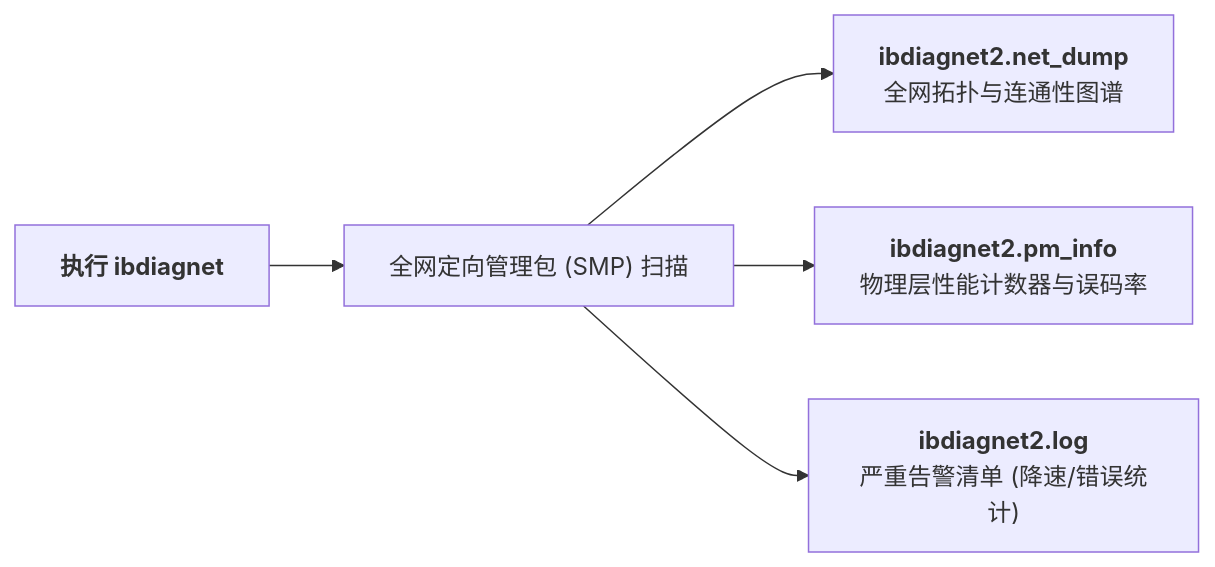
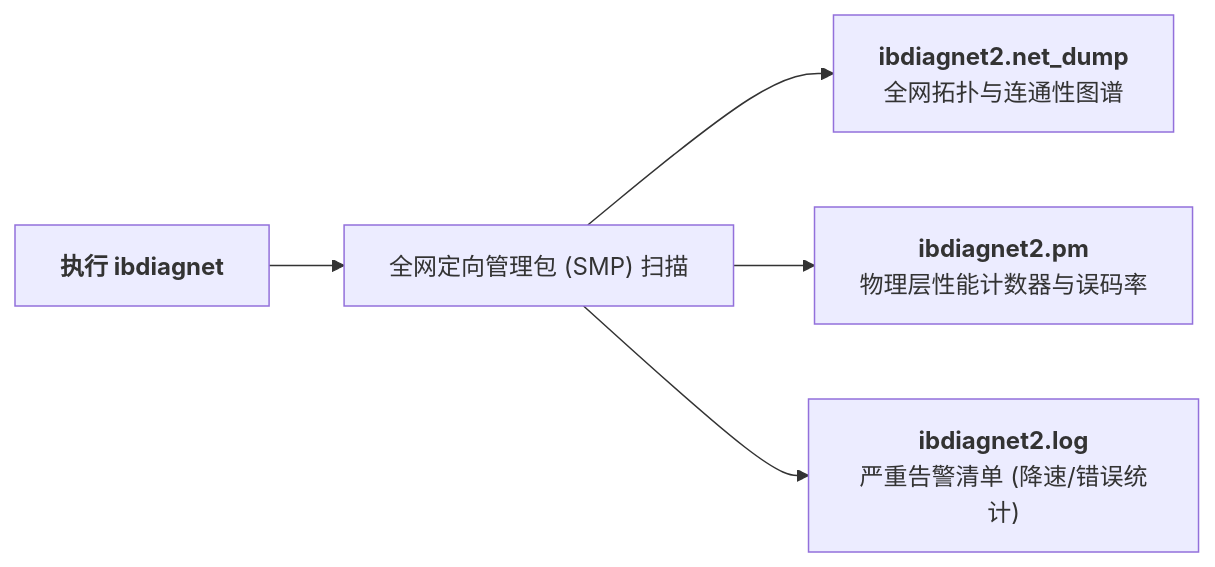
Before and after one commit to ifnodoraemon/ifnodoraemon.github.io: the second of 4 diagrams in content/zh/articles/infiniband-production-deployment-opensm-ofed-nccl-tuning.md, drawn with Mermaid. The commit also changed other lines of this file and 171 other files, not shown here.

````diff
--- a/content/zh/articles/infiniband-production-deployment-opensm-ofed-nccl-tuning.md
+++ b/content/zh/articles/infiniband-production-deployment-opensm-ofed-nccl-tuning.md
@@ -158,7 +157,7 @@
 ```mermaid
 flowchart LR
     Run["<b>执行 ibdiagnet</b>"] --> Scan["全网定向管理包 (SMP) 扫描"]
     Scan --> Report1["<b>ibdiagnet2.net_dump</b><br/>全网拓扑与连通性图谱"]
-    Scan --> Report2["<b>ibdiagnet2.pm_info</b><br/>物理层性能计数器与误码率"]
+    Scan --> Report2["<b>ibdiagnet2.pm</b><br/>物理层性能计数器与误码率"]
     Scan --> Report3["<b>ibdiagnet2.log</b><br/>严重告警清单 (降速/错误统计)"]
 ```
````
